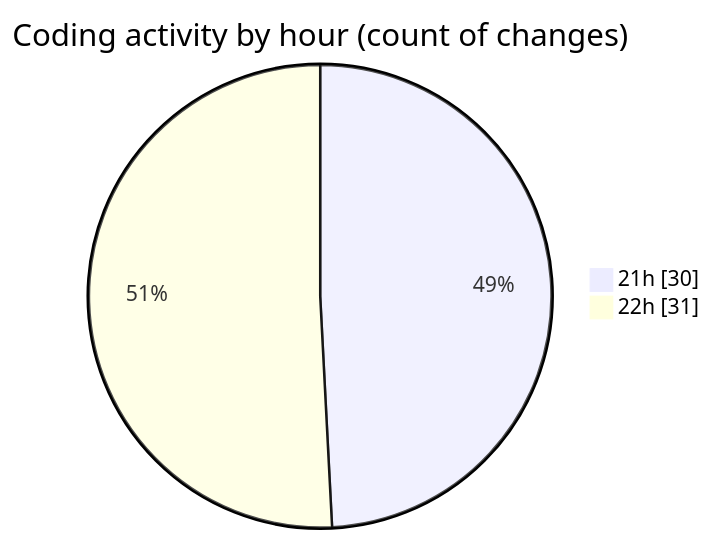
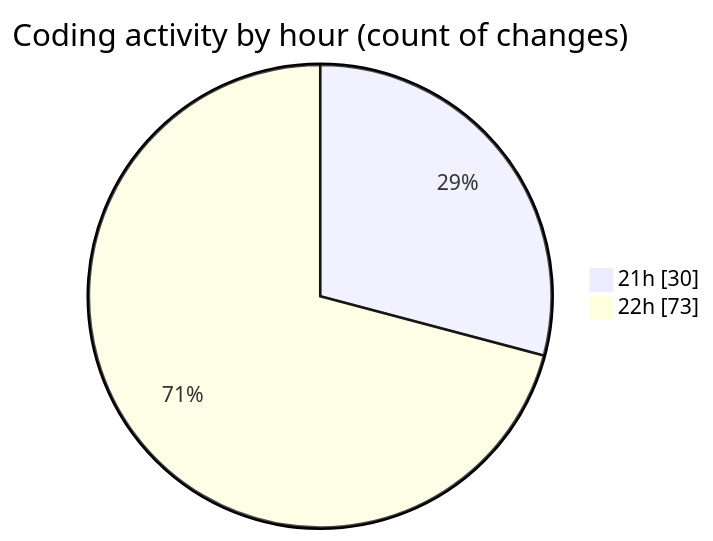
One commit to Ritupan-Deka/code-tracking changed the second of 2 diagrams in 2026-01-02/dsa/README.md. Above: the diagram before and after it, drawn with Mermaid. The commit also changed other lines of this file and 1 other file, not shown here.

````diff
--- a/2026-01-02/dsa/README.md
+++ b/2026-01-02/dsa/README.md
@@ -31,6 +31,6 @@
 ```mermaid
 pie showData
 title Coding activity by hour (count of changes)
 "21h" : 30
-"22h" : 31
+"22h" : 73
 ```
````
